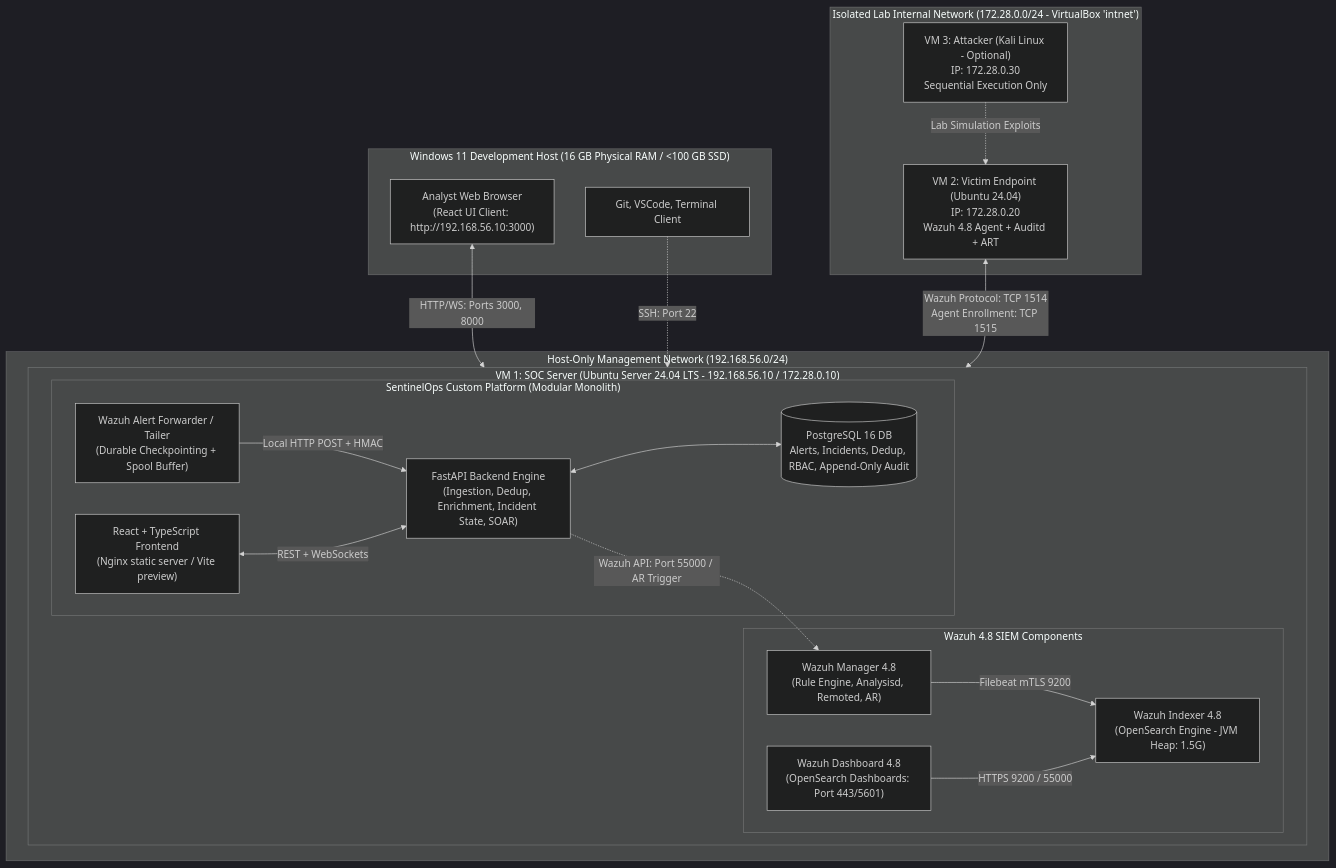
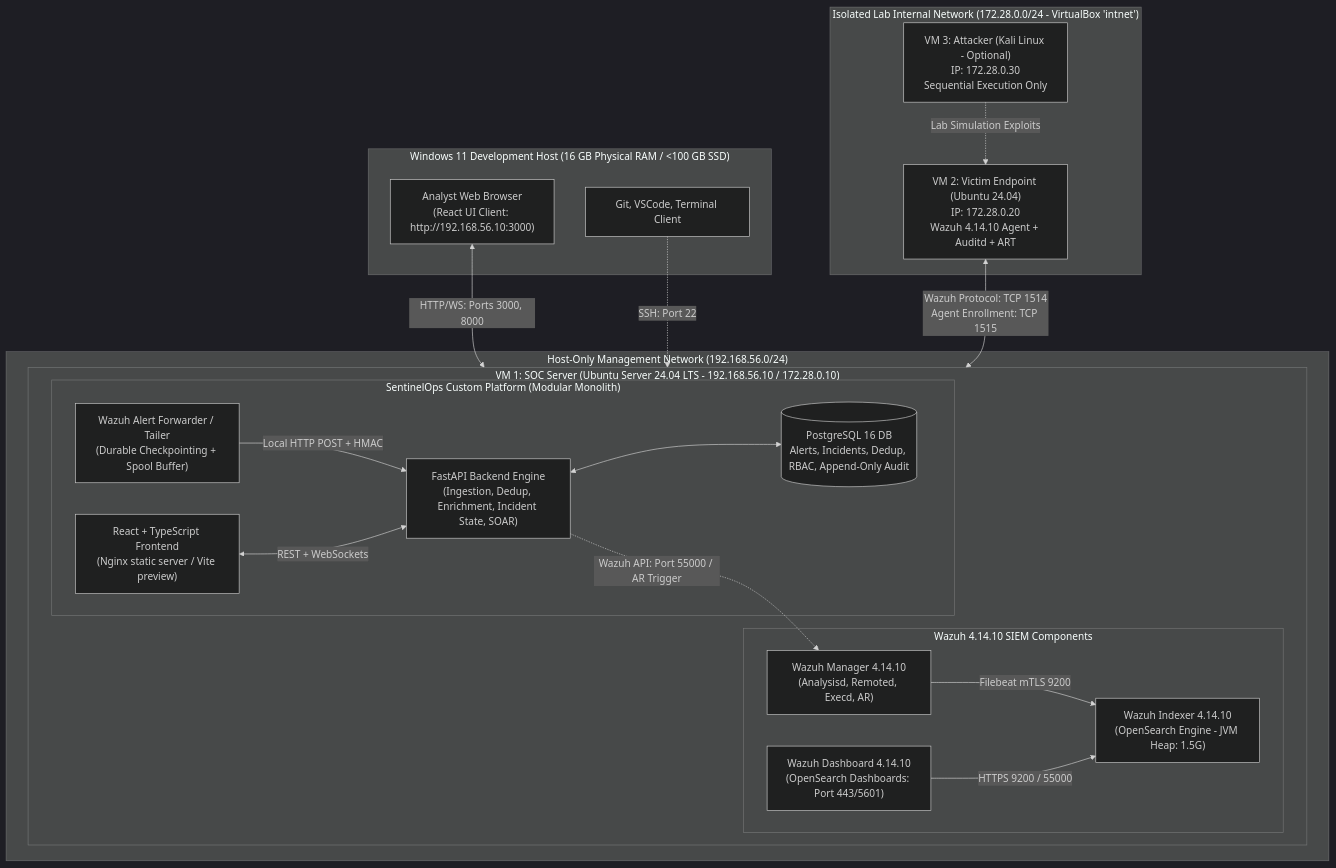
One commit to GitHuntr/SentinelOps-Detection-Engineering-and-Automated-Response-Lab changed the first of 2 diagrams in docs/SYSTEM_ARCHITECTURE.md. Above: the diagram before and after it, drawn with Mermaid (dark theme). The commit also changed other lines of this file and 23 other files, not shown here.

````diff
--- a/docs/SYSTEM_ARCHITECTURE.md
+++ b/docs/SYSTEM_ARCHITECTURE.md
@@ -14,41 +14,41 @@
 ```mermaid
 flowchart TD
     subgraph Host_Windows11["Windows 11 Development Host (16 GB Physical RAM / <100 GB SSD)"]
         Browser["Analyst Web Browser\n(React UI Client: http://192.168.56.10:3000)"]
         DevTools["Git, VSCode, Terminal Client"]
     end
 
     subgraph Net_HostOnly["Host-Only Management Network (192.168.56.0/24)"]
         Browser <-->|HTTP/WS: Ports 3000, 8000| SOC_Server
         DevTools -.->|SSH: Port 22| SOC_Server
     end
 
     subgraph Net_Internal["Isolated Lab Internal Network (172.28.0.0/24 - VirtualBox 'intnet')"]
-        Victim["VM 2: Victim Endpoint (Ubuntu 24.04)\nIP: 172.28.0.20\nWazuh 4.8 Agent + Auditd + ART"]
+        Victim["VM 2: Victim Endpoint (Ubuntu 24.04)\nIP: 172.28.0.20\nWazuh 4.14.10 Agent + Auditd + ART"]
         Attacker["VM 3: Attacker (Kali Linux - Optional)\nIP: 172.28.0.30\nSequential Execution Only"]
         Victim <-->|Wazuh Protocol: TCP 1514\nAgent Enrollment: TCP 1515| SOC_Server
         Attacker -.->|Lab Simulation Exploits| Victim
     end
 
     subgraph SOC_Server["VM 1: SOC Server (Ubuntu Server 24.04 LTS - 192.168.56.10 / 172.28.0.10)"]
-        subgraph SIEM_Stack["Wazuh 4.8 SIEM Components"]
-            WazuhMgr["Wazuh Manager 4.8\n(Rule Engine, Analysisd, Remoted, AR)"]
-            WazuhIdx["Wazuh Indexer 4.8\n(OpenSearch Engine - JVM Heap: 1.5G)"]
-            WazuhDsh["Wazuh Dashboard 4.8\n(OpenSearch Dashboards: Port 443/5601)"]
+        subgraph SIEM_Stack["Wazuh 4.14.10 SIEM Components"]
+            WazuhMgr["Wazuh Manager 4.14.10\n(Analysisd, Remoted, Execd, AR)"]
+            WazuhIdx["Wazuh Indexer 4.14.10\n(OpenSearch Engine - JVM Heap: 1.5G)"]
+            WazuhDsh["Wazuh Dashboard 4.14.10\n(OpenSearch Dashboards: Port 443/5601)"]
             WazuhMgr -->|Filebeat mTLS 9200| WazuhIdx
             WazuhDsh -->|HTTPS 9200 / 55000| WazuhIdx
         end
 
         subgraph SentinelOps_Core["SentinelOps Custom Platform (Modular Monolith)"]
             Tailer["Wazuh Alert Forwarder / Tailer\n(Durable Checkpointing + Spool Buffer)"]
             FastAPI["FastAPI Backend Engine\n(Ingestion, Dedup, Enrichment, Incident State, SOAR)"]
             PostgreSQL[(PostgreSQL 16 DB\nAlerts, Incidents, Dedup, RBAC, Append-Only Audit)]
             ReactUI["React + TypeScript Frontend\n(Nginx static server / Vite preview)"]
             
             Tailer -->|Local HTTP POST + HMAC| FastAPI
             FastAPI <--> PostgreSQL
             FastAPI -.->|Wazuh API: Port 55000 / AR Trigger| WazuhMgr
             ReactUI <-->|REST + WebSockets| FastAPI
         end
     end
 ```
````
